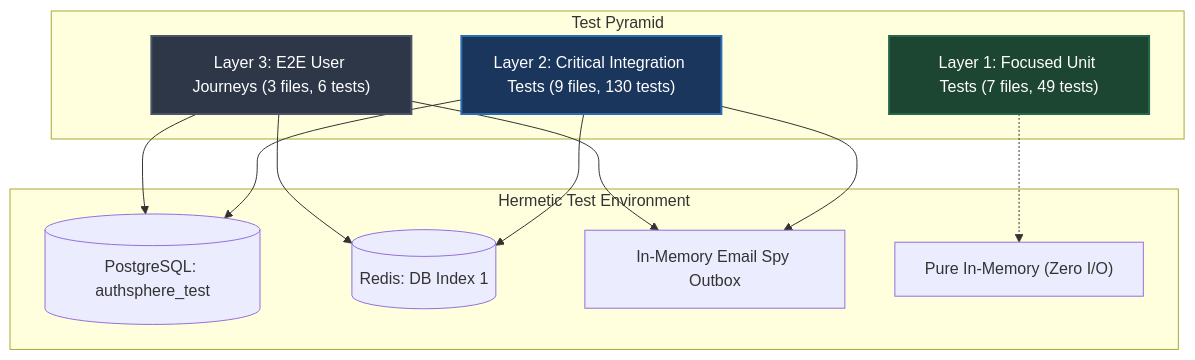
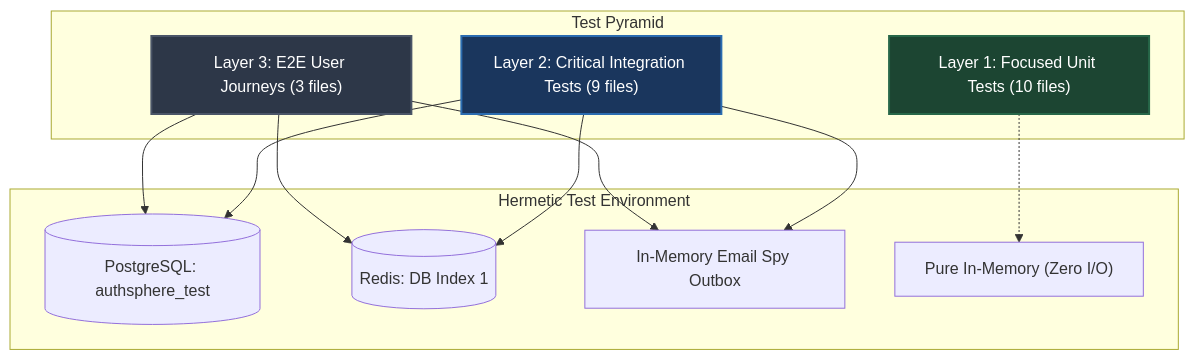
One commit to utkarshj014/authsphere changed the first of 2 diagrams in docs/TESTING.md. Above: the diagram before and after it, drawn with Mermaid. The commit also changed other lines of this file and 6 other files, not shown here.

````diff
--- a/docs/TESTING.md
+++ b/docs/TESTING.md
@@ -47,19 +53,27 @@
 ```mermaid
 graph TD
     subgraph TP ["Test Pyramid"]
-        E2E["Layer 3: E2E User Journeys (3 files, 6 tests)"]
-        INT["Layer 2: Critical Integration Tests (9 files, 130 tests)"]
-        UNIT["Layer 1: Focused Unit Tests (7 files, 49 tests)"]
+        E2E["Layer 3: E2E User Journeys (3 files)"]
+        INT["Layer 2: Critical Integration Tests (9 files)"]
+        UNIT["Layer 1: Focused Unit Tests (10 files)"]
     end
 
     subgraph HTE ["Hermetic Test Environment"]
-        E2E & INT --> TestDB[("PostgreSQL: authsphere_test")]
-        E2E & INT --> TestRedis[("Redis: DB Index 1")]
-        E2E & INT --> EmailSpy["In-Memory Email Spy Outbox"]
-        UNIT -.-> PureMemory["Pure In-Memory (Zero I/O)"]
+        TestDB[("PostgreSQL: authsphere_test")]
+        TestRedis[("Redis: DB Index 1")]
+        EmailSpy["In-Memory Email Spy Outbox"]
+        PureMemory["Pure In-Memory (Zero I/O)"]
+
+        E2E --> TestDB
+        INT --> TestDB
+        E2E --> TestRedis
+        INT --> TestRedis
+        E2E --> EmailSpy
+        INT --> EmailSpy
+        UNIT -.-> PureMemory
     end
 
     style E2E fill:#2d3748,stroke:#4a5568,stroke-width:2px,color:#fff
     style INT fill:#1a365d,stroke:#2b6cb0,stroke-width:2px,color:#fff
     style UNIT fill:#1c4532,stroke:#276749,stroke-width:2px,color:#fff
 ```
````
